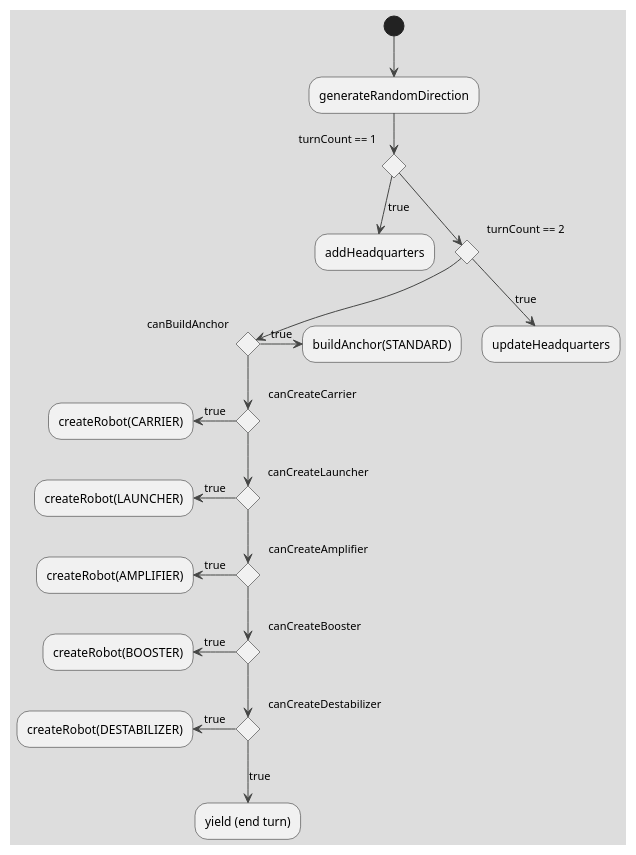
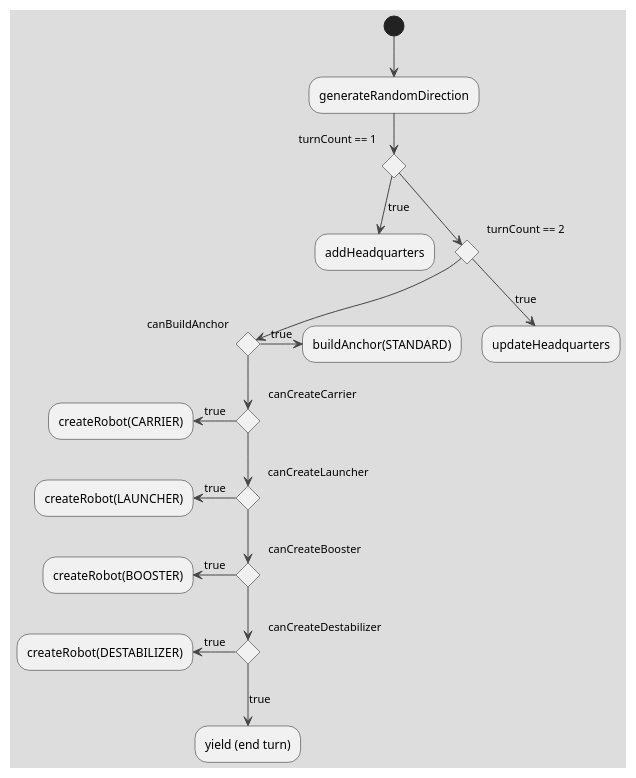
The diagram in drawings/Headquarters-Strategy-proposed.puml (coding-to-music/plantuml-diagram-examples), drawn with PlantUML before and after one commit. The commit also changed 4 other files, not shown here.

```diff
--- a/drawings/Headquarters-Strategy-proposed.puml
+++ b/drawings/Headquarters-Strategy-proposed.puml
@@ -1,57 +1,60 @@
 @startuml "Headquarters-Strategy-proposed"
 
 !theme toy 
 
 (*) --> "generateRandomDirection"
 if "turnCount == 1" then
   -->[true] "addHeadquarters" as a1
 else
   if "turnCount == 2" then
     -->[true] "updateHeadquarters" as a3
   else
     if "canBuildAnchor" then
       -left->[true] "buildAnchor(STANDARD)"
     else
+      ' while ("numFleetAmplifiersBuilt != 2")
+          ' while ("canCreateAmplifier") 
+            ' :Build Amplifier;            
+          ' endwhile  
+      ' endwhile  
+      ' detach
       if "canCreateCarrier" then
         -left->[true] "createRobot(CARRIER)"
       else
         if "canCreateLauncher" then
           -left->[true] "createRobot(LAUNCHER)"
         else
-          if "canCreateAmplifier" then
-            -left->[true] "createRobot(AMPLIFIER)"
+          if "canCreateBooster" then
+            -left->[true] "createRobot(BOOSTER)"
           else
-            if "canCreateBooster" then
-              -left->[true] "createRobot(BOOSTER)"
+            if "canCreateDestabilizer" then
+              -left->[true] "createRobot(DESTABILIZER)"
             else
-              if "canCreateDestabilizer" then
-                -left->[true] "createRobot(DESTABILIZER)"
-              else
-                -->[true] "yield (end turn)"
-              endif
+              -->[true] "yield (end turn)"
             endif
+          endif
         endif
       endif
     endif
   endif
+endif
 
 
 ' <style>
 ' .stereo {
 '   BackgroundColor palegreen
 ' }
 ' </style>
 ' << stereo >>
 
 ' else
 
 '   ->[false] "action 2"
 
-endif
 
 ' a3 --> if "last test" then
 '   --> "action 7"
 ' else
 '   -> "action 8"
 ' endif
 @enduml
```
